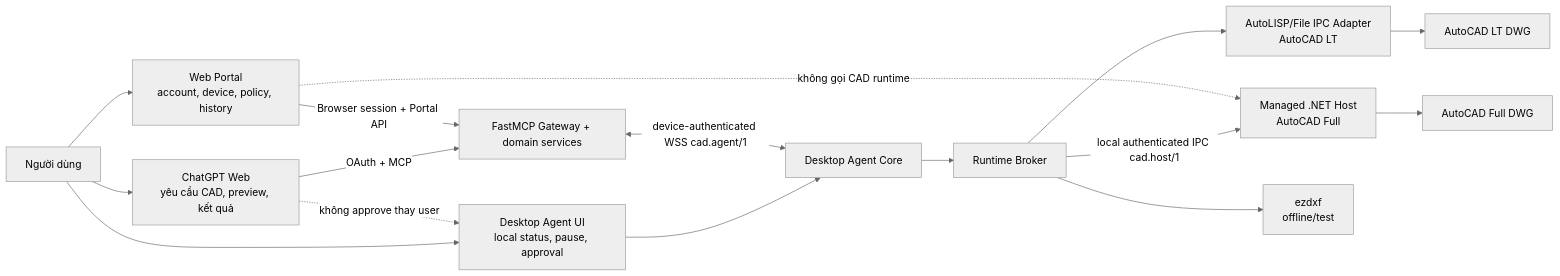
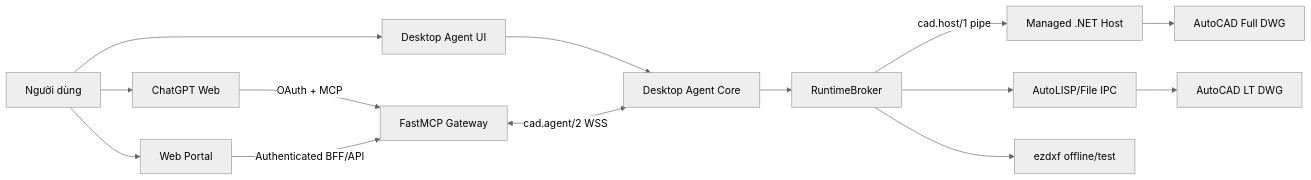
Before and after one commit to sontakmtp-cell/autocad-fastmcp: the diagram in docs/architecture/appendix-user-interface.md, drawn with Mermaid (neutral theme). The commit also changed other lines of this file, not shown here.

Commit message:
docs: synchronize UI roadmap with Phase 6 numbering

````diff
--- a/docs/architecture/appendix-user-interface.md
+++ b/docs/architecture/appendix-user-interface.md
@@ -86,22 +29,19 @@
 ```mermaid
 flowchart LR
-    U["Người dùng"] --> CHAT["ChatGPT Web<br/>yêu cầu CAD, preview, kết quả"]
-    U --> PORTAL["Web Portal<br/>account, device, policy, history"]
-    U --> UI["Desktop Agent UI<br/>local status, pause, approval"]
+    U[Người dùng] --> CHAT[ChatGPT Web]
+    U --> PORTAL[Web Portal]
+    U --> UI[Desktop Agent UI]
 
-    CHAT -->|"OAuth + MCP"| GW["FastMCP Gateway + domain services"]
-    PORTAL -->|"Browser session + Portal API"| GW
-    UI --> CORE["Desktop Agent Core"]
-    GW <-->|"device-authenticated WSS cad.agent/1"| CORE
+    CHAT -->|OAuth + MCP| GW[FastMCP Gateway]
+    PORTAL -->|Authenticated BFF/API| GW
+    UI --> CORE[Desktop Agent Core]
+    GW <-->|cad.agent/2 WSS| CORE
 
-    CORE --> BROKER["Runtime Broker"]
-    BROKER -->|"local authenticated IPC cad.host/1"| HOST["Managed .NET Host<br/>AutoCAD Full"]
-    BROKER --> LT["AutoLISP/File IPC Adapter<br/>AutoCAD LT"]
-    BROKER --> EZ["ezdxf<br/>offline/test"]
+    CORE --> BROKER[RuntimeBroker]
+    BROKER -->|cad.host/1 pipe| HOST[Managed .NET Host]
+    BROKER --> LT[AutoLISP/File IPC]
+    BROKER --> EZ[ezdxf offline/test]
 
-    HOST --> CADF["AutoCAD Full DWG"]
-    LT --> CADLT["AutoCAD LT DWG"]
-
-    PORTAL -.->|"không gọi CAD runtime"| HOST
-    CHAT -.->|"không approve thay user"| UI
+    HOST --> CADF[AutoCAD Full DWG]
+    LT --> CADLT[AutoCAD LT DWG]
 ```
````
